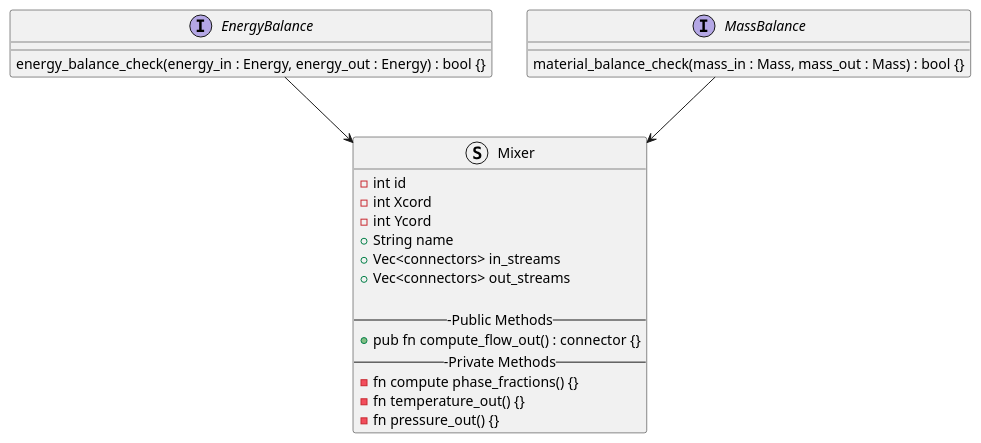
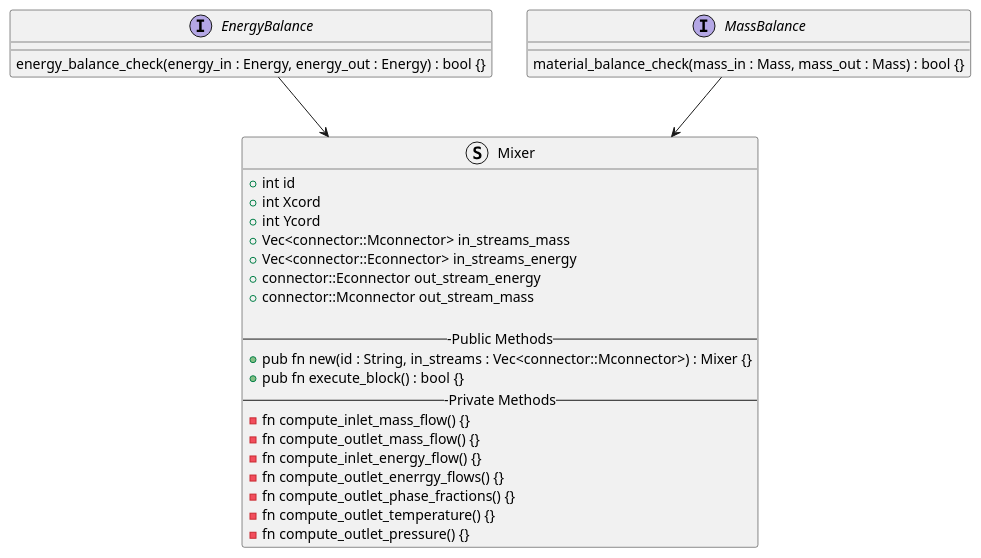
Before and after one commit to OSCPS-Project/OSCPS-UML: the diagram in blocks-module/blocks-module.puml, drawn with PlantUML. The commit also changed 1 other file, not shown here.

Commit message:
updating public and private functions of the Mixer Block

```diff
--- a/blocks-module/blocks-module.puml
+++ b/blocks-module/blocks-module.puml
@@ -1,32 +1,38 @@
 @startuml Blocks_Module_Class_Diagram
 
 Interface EnergyBalance {
   energy_balance_check(energy_in : Energy, energy_out : Energy) : bool {} 
 }
 
 Interface MassBalance {
   material_balance_check(mass_in : Mass, mass_out : Mass) : bool {}  
 }
 
 
 Struct Mixer {
-  - int id
-  - int Xcord
-  - int Ycord
-  + String name
-  + Vec<connectors> in_streams
-  + Vec<connectors> out_streams
+  + int id
+  + int Xcord
+  + int Ycord
+  + Vec<connector::Mconnector> in_streams_mass
+  + Vec<connector::Econnector> in_streams_energy
+  + connector::Econnector out_stream_energy
+  + connector::Mconnector out_stream_mass
 
   ---Public Methods--
-  + pub fn compute_flow_out() : connector {}
+  + pub fn new(id : String, in_streams : Vec<connector::Mconnector>) : Mixer {}
+  + pub fn execute_block() : bool {}
   ---Private Methods--
-  - fn compute phase_fractions() {}
-  - fn temperature_out() {}
-  - fn pressure_out() {} 
+  - fn compute_inlet_mass_flow() {}
+  - fn compute_outlet_mass_flow() {}
+  - fn compute_inlet_energy_flow() {}
+  - fn compute_outlet_enerrgy_flows() {}
+  - fn compute_outlet_phase_fractions() {}
+  - fn compute_outlet_temperature() {}
+  - fn compute_outlet_pressure() {} 
 }
 
 EnergyBalance --> Mixer
 MassBalance --> Mixer
 
 
 @enduml
```
